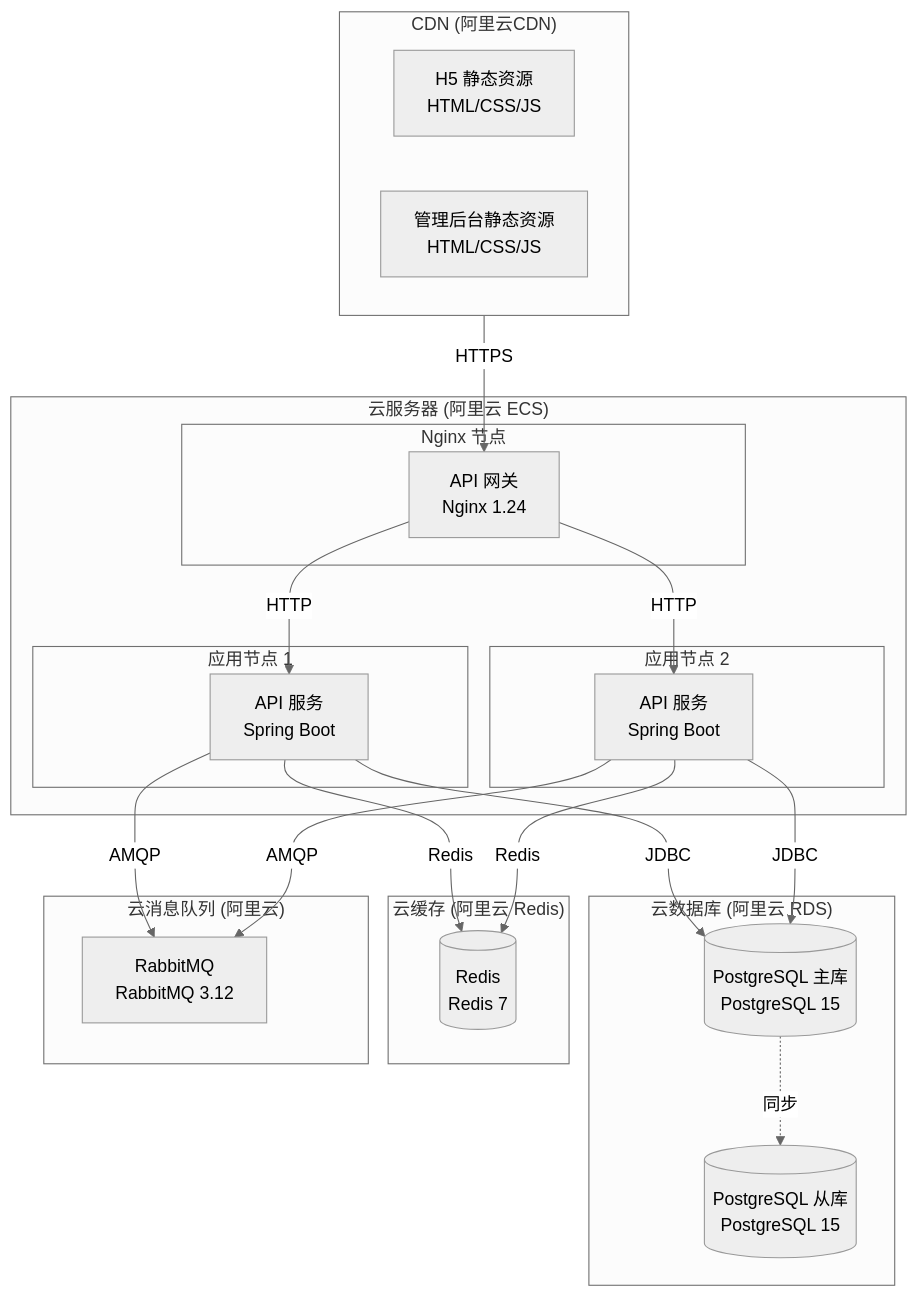
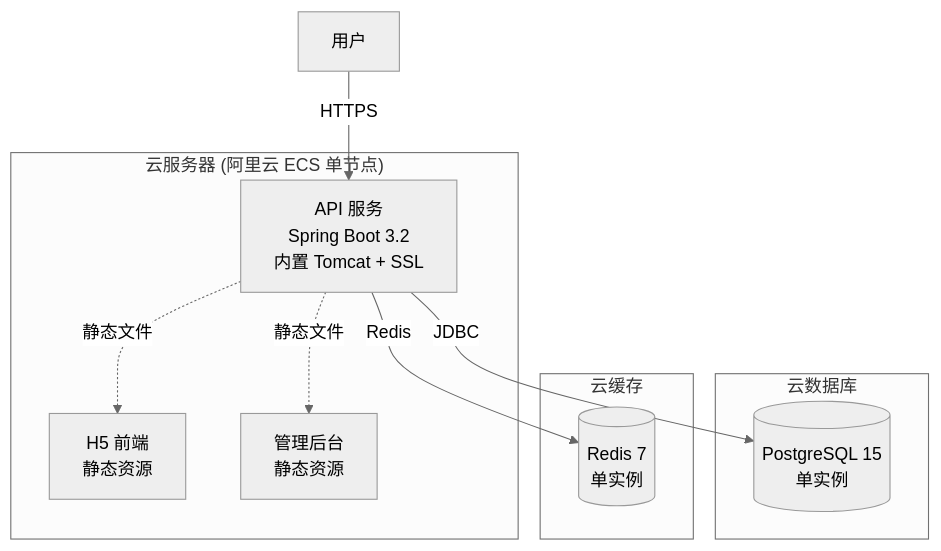
Diagram 52 of 54 in docs/v1/技术方案.md (yiancode/AutoDepositRefundAgent), drawn with Mermaid (neutral theme) before and after one commit. The commit also changed other lines of this file and 2 other files, not shown here.

First line of the commit message:
docs(database): 修复所有表的 PostgreSQL COMMENT 语法错误

````diff
--- a/docs/v1/技术方案.md
+++ b/docs/v1/技术方案.md
@@ -3073,45 +3091,22 @@
 ```mermaid
 flowchart TB
-    subgraph CDN["CDN (阿里云CDN)"]
-        h5Static["H5 静态资源<br/>HTML/CSS/JS"]
-        adminStatic["管理后台静态资源<br/>HTML/CSS/JS"]
+    subgraph Cloud["云服务器 (阿里云 ECS 单节点)"]
+        api["API 服务<br/>Spring Boot 3.2<br/>内置 Tomcat + SSL"]
+        h5Static["H5 前端<br/>静态资源"]
+        adminStatic["管理后台<br/>静态资源"]
     end
 
-    subgraph Cloud["云服务器 (阿里云 ECS)"]
-        subgraph NginxNode["Nginx 节点"]
-            gateway["API 网关<br/>Nginx 1.24"]
-        end
-
-        subgraph App1["应用节点 1"]
-            api1["API 服务<br/>Spring Boot"]
-        end
-
-        subgraph App2["应用节点 2"]
-            api2["API 服务<br/>Spring Boot"]
-        end
+    subgraph RDS["云数据库"]
+        postgres[("PostgreSQL 15<br/>单实例")]
     end
 
-    subgraph RDS["云数据库 (阿里云 RDS)"]
-        pgMaster[("PostgreSQL 主库<br/>PostgreSQL 15")]
-        pgSlave[("PostgreSQL 从库<br/>PostgreSQL 15")]
+    subgraph Cache["云缓存"]
+        redis[("Redis 7<br/>单实例")]
     end
 
-    subgraph Cache["云缓存 (阿里云 Redis)"]
-        redis[("Redis<br/>Redis 7")]
-    end
-
-    subgraph MQ["云消息队列 (阿里云)"]
-        rabbit["RabbitMQ<br/>RabbitMQ 3.12"]
-    end
-
-    CDN -->|HTTPS| gateway
-    gateway -->|HTTP| api1
-    gateway -->|HTTP| api2
-    api1 -->|JDBC| pgMaster
-    api2 -->|JDBC| pgMaster
-    pgMaster -.->|同步| pgSlave
-    api1 -->|Redis| redis
-    api2 -->|Redis| redis
-    api1 -->|AMQP| rabbit
-    api2 -->|AMQP| rabbit
+    User["用户"] -->|HTTPS| api
+    api -->|JDBC| postgres
+    api -->|Redis| redis
+    api -.->|静态文件| h5Static
+    api -.->|静态文件| adminStatic
 ```
````
